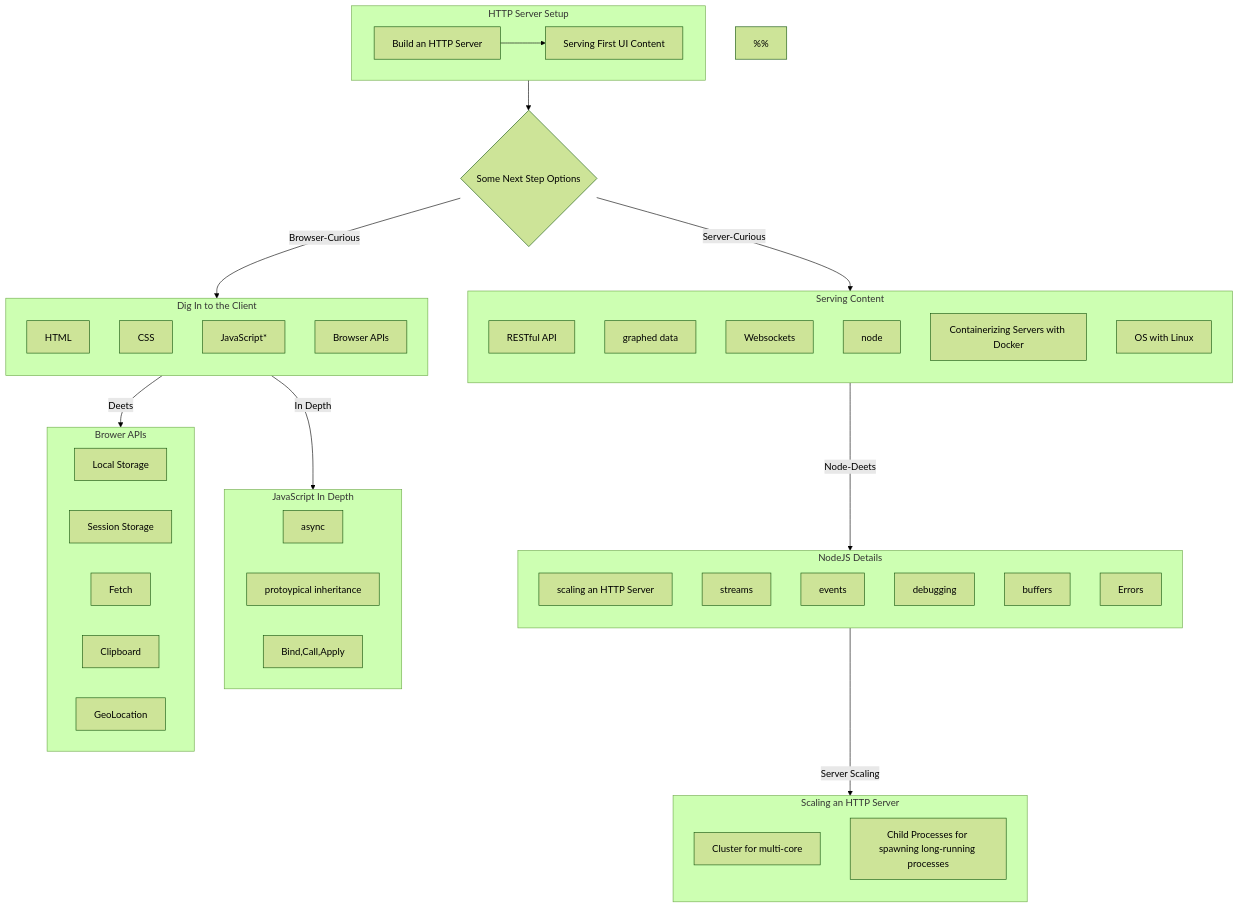
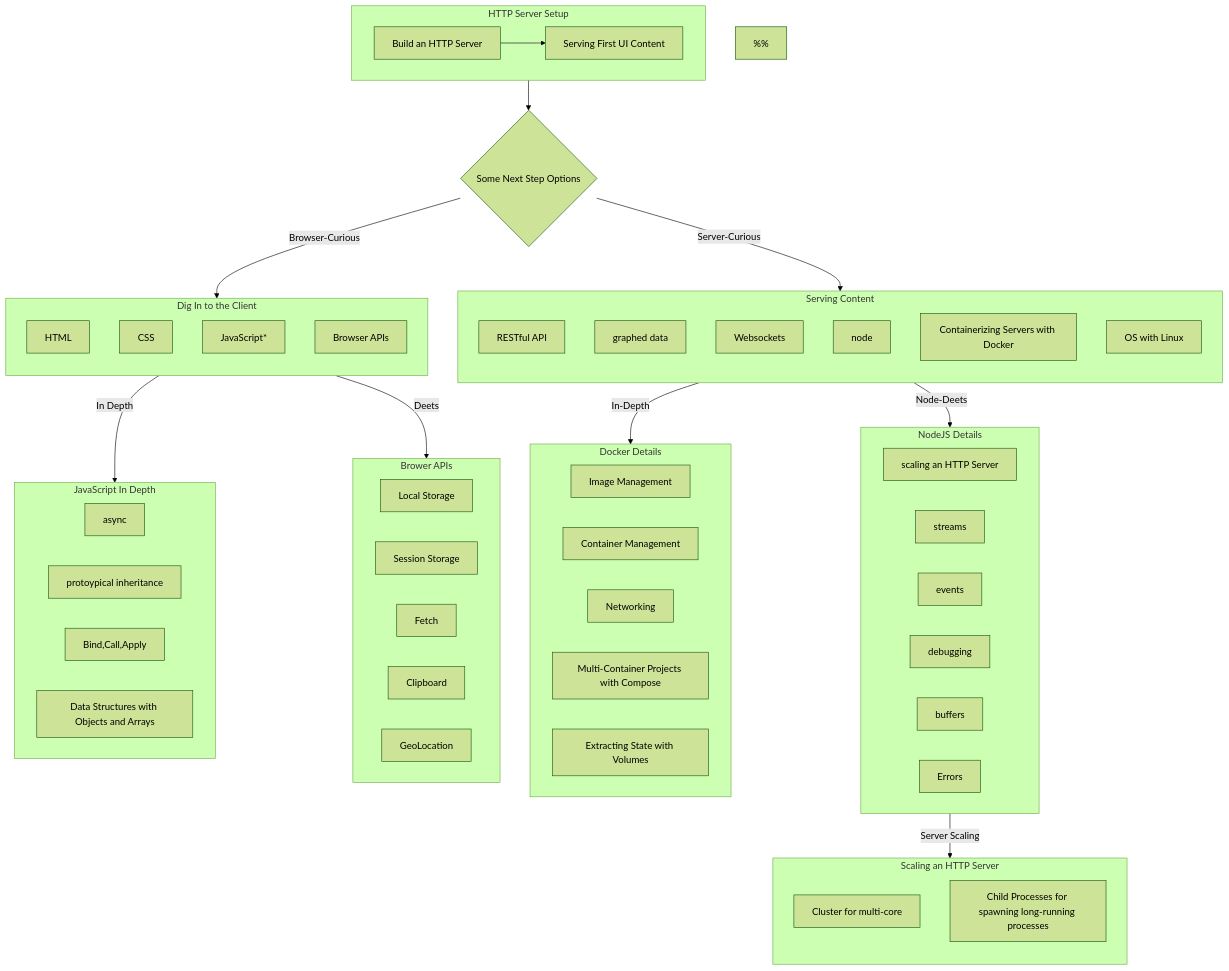
The diagram in src/pages/a-web-first-path.mdx (imagineLife/big-site), drawn with Mermaid (forest theme) before and after one commit.

Commit message:
docker nodes + data-structs in js

````diff
--- a/src/pages/a-web-first-path.mdx
+++ b/src/pages/a-web-first-path.mdx
@@ -67,6 +67,7 @@
   ASYNC[async];
   INHER[protoypical inheritance];
   BIND-CALL[Bind,Call,Apply];
+  DATA-STRUCTS[Data Structures with Objects and Arrays];
 
 %% Browser nodes
   LOCAL-STORAGE[Local Storage];
@@ -75,6 +76,12 @@
   CLIPBOARD[Clipboard];
   GEOLOC[GeoLocation];
 
+%% Docker nodes
+  IMAGES[Image Management ]
+  CONTAINERS[Container Management]
+  CONTAINER-NETWORKS[Networking]
+  MULTI-CONTAINER[Multi-Container Projects with Compose]
+  VOLUMES[Extracting State with Volumes]
 
 
 
@@ -112,7 +119,7 @@
 
 %% Node Sub-Categories
   subgraph NODE-SUBGRAPH[NodeJS Details];
-    direction TB;
+    direction LR;
       SCALING-NODE;
       STREAMS;
       EVENTS;
@@ -135,6 +142,7 @@
       ASYNC;
       INHER;
       BIND-CALL;
+      DATA-STRUCTS;
   end;
 
 %% Browser
@@ -147,7 +155,15 @@
     GEOLOC;
   end;
 
-
+%% Docker
+  subgraph DOCKER-SUBGRAPH[Docker Details];
+    direction LR;
+    CONTAINERS;
+    VOLUMES;
+    IMAGES;
+    CONTAINER-NETWORKS;
+    MULTI-CONTAINER;
+  end;
 
 
 %%
@@ -162,5 +178,6 @@
   %% NOTE: single-node-to-section
   SCALING-NODE --> |Server Scaling| NODE-SCALING-SUBGRAPH;
   BROWSER-APIS --> |Deets| BROWSER-SUBGRAPH;
+  DOCKER --> |In-Depth| DOCKER-SUBGRAPH;
 
 ```
````
